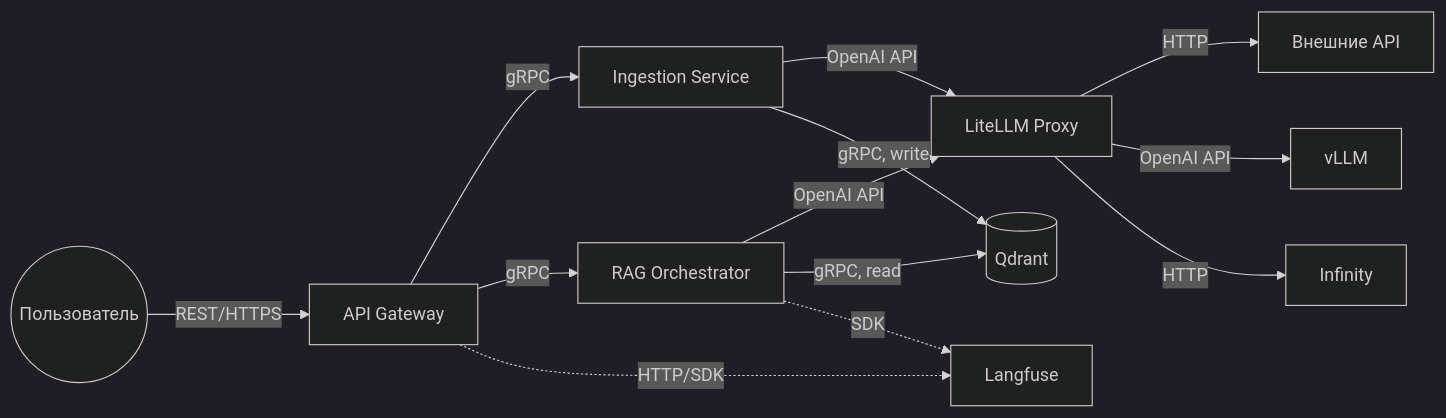
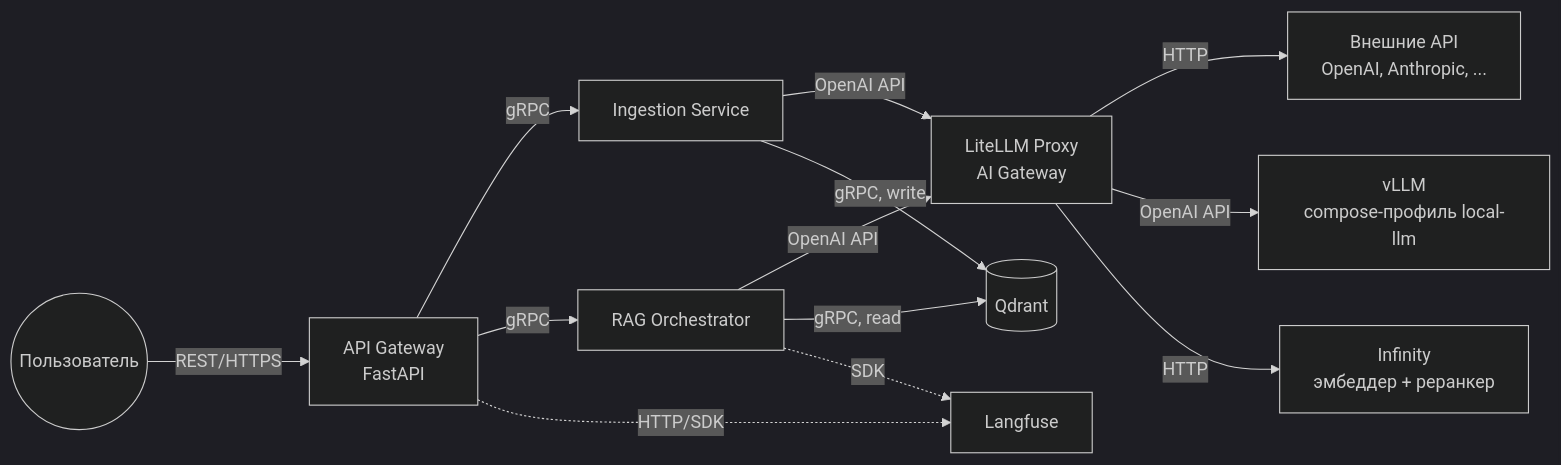
One commit to maxima1ist/ragvalod changed the diagram in docs/design_and_plan.md. Above: the diagram before and after it, drawn with Mermaid (dark theme).

Commit message:
Format mermaid

````diff
--- a/docs/design_and_plan.md
+++ b/docs/design_and_plan.md
@@ -58,15 +58,15 @@
 ```mermaid
 flowchart LR
-    User((Пользователь)) -- REST/HTTPS --> GW[API Gateway]
+    User((Пользователь)) -- REST/HTTPS --> GW[API Gateway<br/>FastAPI]
     GW -- gRPC --> ING[Ingestion Service]
     GW -- gRPC --> RAG[RAG Orchestrator]
-    ING -- OpenAI API --> LLM[LiteLLM Proxy]
+    ING -- OpenAI API --> LLM[LiteLLM Proxy<br/>AI Gateway]
     RAG -- OpenAI API --> LLM
-    LLM -- HTTP --> EXT[Внешние API]
-    LLM -- OpenAI API --> VLLM[vLLM]
-    LLM -- HTTP --> INFY[Infinity]
+    LLM -- HTTP --> EXT[Внешние API<br/>OpenAI, Anthropic, ...]
+    LLM -- OpenAI API --> VLLM[vLLM<br/>compose-профиль local-llm]
+    LLM -- HTTP --> INFY[Infinity<br/>эмбеддер + реранкер]
     ING -- gRPC, write --> QD[(Qdrant)]
     RAG -- gRPC, read --> QD
     GW -. HTTP/SDK .-> LF[Langfuse]
     RAG -. SDK .-> LF
 ```
````
